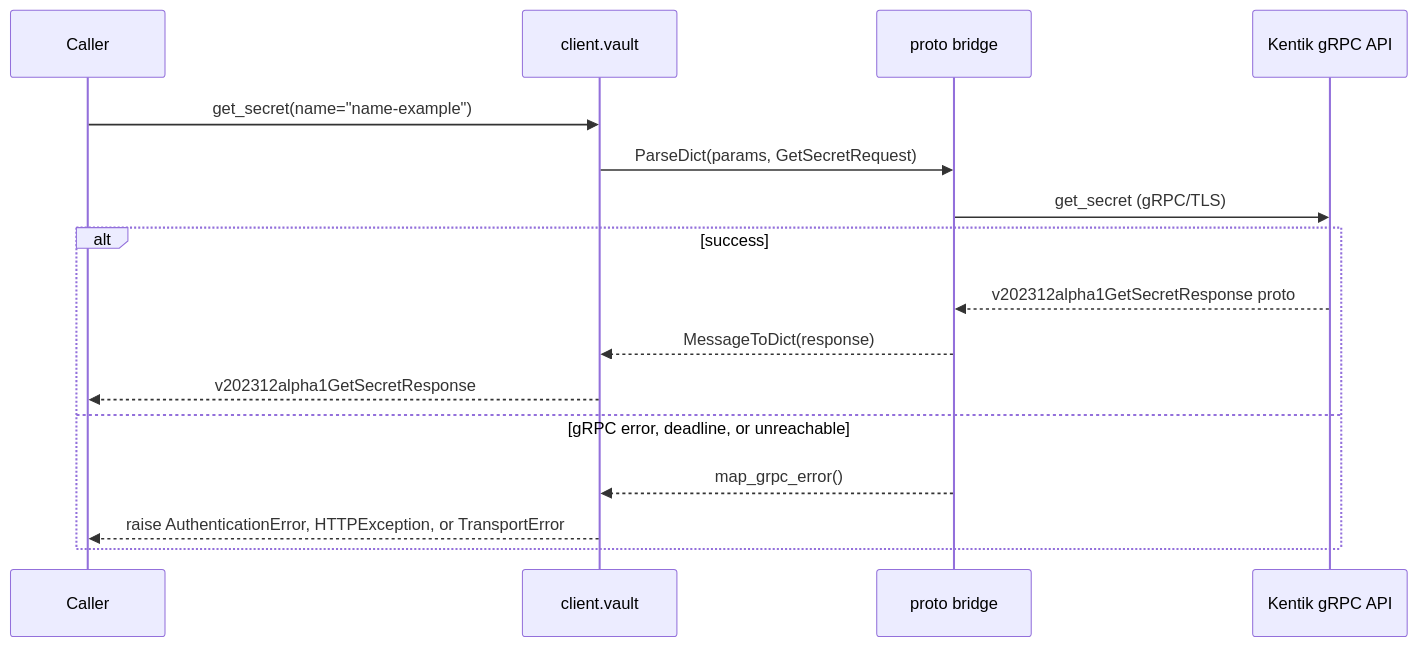
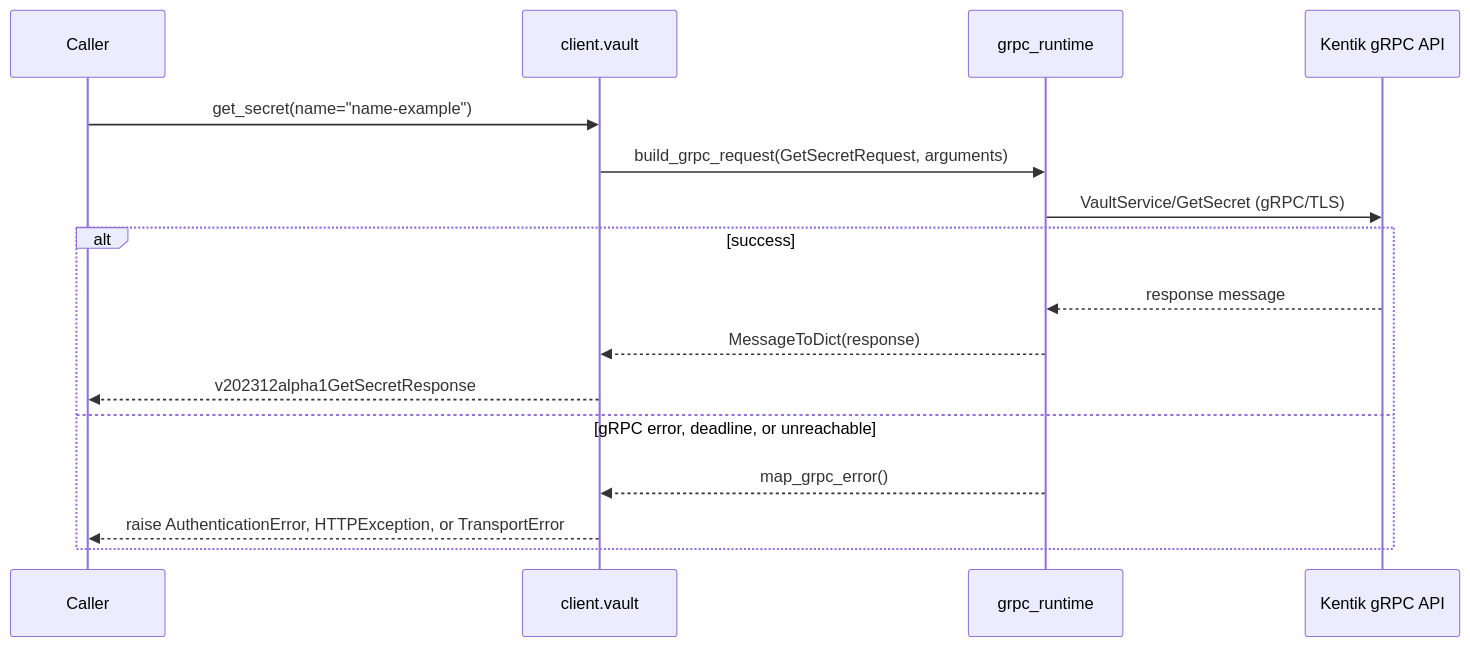
One commit to alexdearaujo/community_sdk_python changed the fifth of 6 diagrams in docs/sphinx/services/vault.md. Above: the diagram before and after it, drawn with Mermaid. The commit also changed other lines of this file and 37 other files, not shown here.

First line of the commit message:
docs: show the real RPC in each service page's gRPC diagram

````diff
--- a/docs/sphinx/services/vault.md
+++ b/docs/sphinx/services/vault.md
@@ -135,19 +135,19 @@
 ```mermaid
 sequenceDiagram
     participant C as Caller
     participant W as client.vault
-    participant B as proto bridge
+    participant R as grpc_runtime
     participant API as Kentik gRPC API
 
     C->>W: get_secret(name="name-example")
-    W->>B: ParseDict(params, GetSecretRequest)
-    B->>API: get_secret (gRPC/TLS)
+    W->>R: build_grpc_request(GetSecretRequest, arguments)
+    R->>API: VaultService/GetSecret (gRPC/TLS)
     alt success
-        API-->>B: v202312alpha1GetSecretResponse proto
-        B-->>W: MessageToDict(response)
+        API-->>R: response message
+        R-->>W: MessageToDict(response)
         W-->>C: v202312alpha1GetSecretResponse
     else gRPC error, deadline, or unreachable
-        B-->>W: map_grpc_error()
+        R-->>W: map_grpc_error()
         W-->>C: raise AuthenticationError, HTTPException, or TransportError
     end
 ```
````
